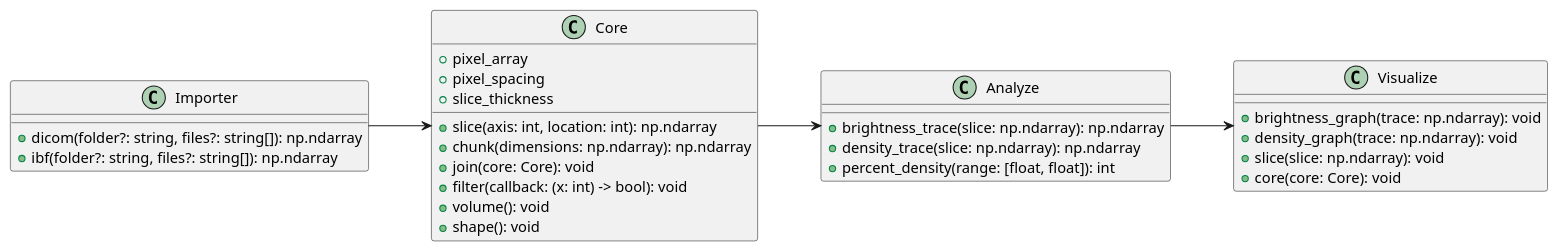
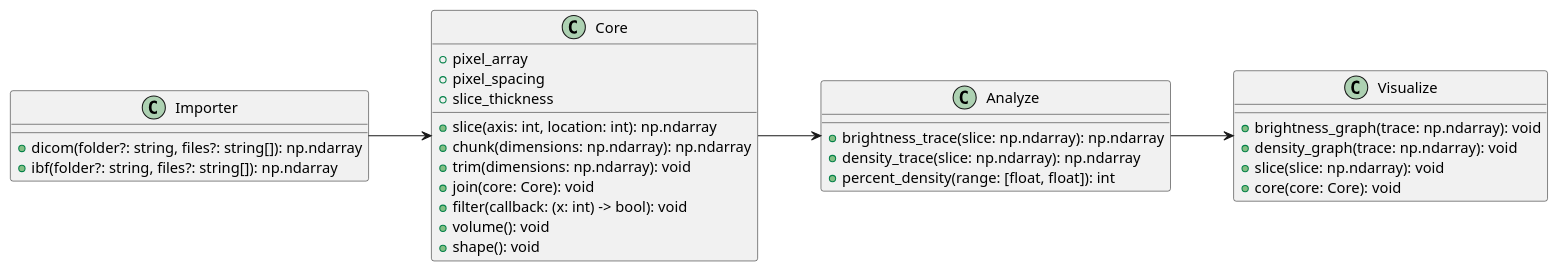
The diagram in architecture.puml (mines-erds/core-ct), drawn with PlantUML before and after one commit.

Commit message:
Added trim function to the UML

```diff
--- a/architecture.puml
+++ b/architecture.puml
@@ -1,37 +1,38 @@
 @startuml
 left to right direction
 
 class Importer {
  +dicom(folder?: string, files?: string[]): np.ndarray
  +ibf(folder?: string, files?: string[]): np.ndarray
 }
 
 class Core {
  +pixel_array
  +pixel_spacing
  +slice_thickness
  +slice(axis: int, location: int): np.ndarray
  +chunk(dimensions: np.ndarray): np.ndarray
+ +trim(dimensions: np.ndarray): void
  +join(core: Core): void
  +filter(callback: (x: int) -> bool): void
  +volume(): void
  +shape(): void
 }
 
 class Analyze {
  +brightness_trace(slice: np.ndarray): np.ndarray
  +density_trace(slice: np.ndarray): np.ndarray
  +percent_density(range: [float, float]): int 
 }
 
 class Visualize {
  +brightness_graph(trace: np.ndarray): void
  +density_graph(trace: np.ndarray): void
  +slice(slice: np.ndarray): void
  +core(core: Core): void
 }
 
 Importer --> Core
 Core --> Analyze
 Analyze --> Visualize
 @enduml
```
